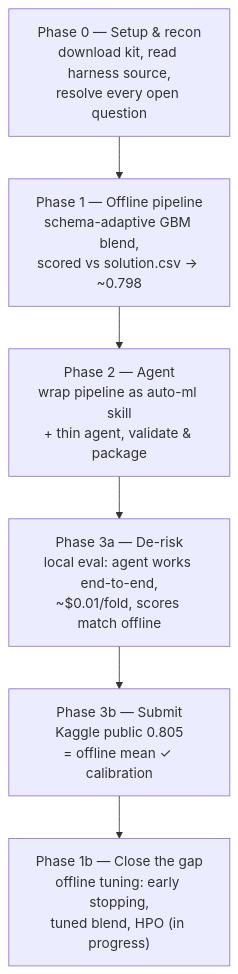
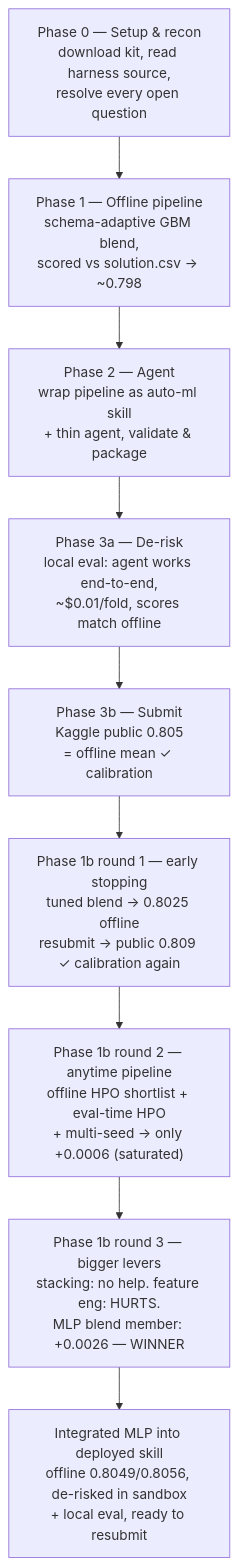
The diagram in docs/08-results-and-roadmap.md (rushikeshdhumal/autonomous-agent-prediction), drawn with Mermaid before and after one commit. The commit also changed other lines of this file and 13 other files, not shown here.

Commit message:
feat: Add MLP to the tuned GBM models ensemble (#1)

````diff
--- a/docs/08-results-and-roadmap.md
+++ b/docs/08-results-and-roadmap.md
@@ -5,9 +5,12 @@
 ```mermaid
 flowchart TD
     P0["Phase 0 — Setup & recon<br/>download kit, read harness source,<br/>resolve every open question"] --> P1
     P1["Phase 1 — Offline pipeline<br/>schema-adaptive GBM blend,<br/>scored vs solution.csv → ~0.798"] --> P2
     P2["Phase 2 — Agent<br/>wrap pipeline as auto-ml skill<br/>+ thin agent, validate & package"] --> P3a
     P3a["Phase 3a — De-risk<br/>local eval: agent works end-to-end,<br/>~$0.01/fold, scores match offline"] --> P3b
-    P3b["Phase 3b — Submit<br/>Kaggle public 0.805<br/>= offline mean ✓ calibration"] --> P1b
-    P1b["Phase 1b — Close the gap<br/>offline tuning: early stopping,<br/>tuned blend, HPO (in progress)"]
+    P3b["Phase 3b — Submit<br/>Kaggle public 0.805<br/>= offline mean ✓ calibration"] --> P1b1
+    P1b1["Phase 1b round 1 — early stopping<br/>tuned blend → 0.8025 offline<br/>resubmit → public 0.809 ✓ calibration again"] --> P1b2
+    P1b2["Phase 1b round 2 — anytime pipeline<br/>offline HPO shortlist + eval-time HPO<br/>+ multi-seed → only +0.0006 (saturated)"] --> P1b3
+    P1b3["Phase 1b round 3 — bigger levers<br/>stacking: no help. feature eng: HURTS.<br/>MLP blend member: +0.0026 — WINNER"] --> P1b4
+    P1b4["Integrated MLP into deployed skill<br/>offline 0.8049/0.8056, de-risked in sandbox<br/>+ local eval, ready to resubmit"]
 ```
````
